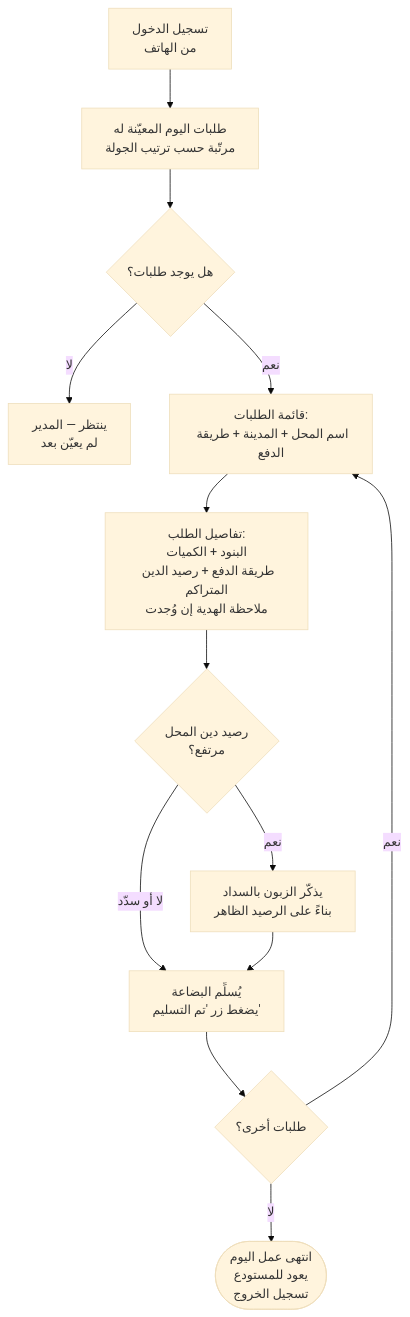
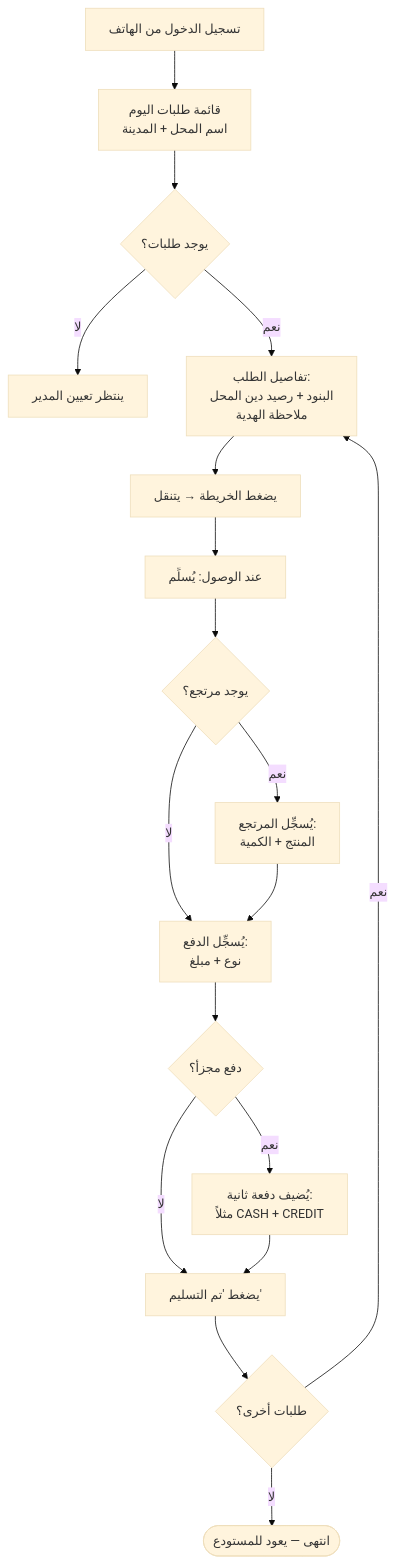
Before and after one commit to bittarwork/Bakery-management-system_BMS: the second of 2 diagrams in MAIN-Plan.md, drawn with Mermaid (base theme). The commit also changed other lines of this file, not shown here.

First line of the commit message:
Update MAIN-Plan to version 3.0, refining operational insights and feature roadmap

````diff
--- a/MAIN-Plan.md
+++ b/MAIN-Plan.md
@@ -364,15 +289,20 @@
 ```mermaid
 flowchart TD
-    L2[تسجيل الدخول\nمن الهاتف] --> MW[طلبات اليوم المعيّنة له\nمرتّبة حسب ترتيب الجولة]
-    MW --> CHK{هل يوجد طلبات؟}
-    CHK -->|لا| WAIT[ينتظر — المدير\nلم يعيّن بعد]
-    CHK -->|نعم| OL[قائمة الطلبات:\nاسم المحل + المدينة + طريقة الدفع]
-    OL --> OD[تفاصيل الطلب:\nالبنود + الكميات\nطريقة الدفع + رصيد الدين المتراكم\nملاحظة الهدية إن وُجدت]
-    OD --> BAL{رصيد دين المحل\nمرتفع؟}
-    BAL -->|نعم| REMIND[يذكّر الزبون بالسداد\nبناءً على الرصيد الظاهر]
-    BAL -->|لا أو سدّد| DEL[يُسلِّم البضاعة\nيضغط زر 'تم التسليم']
-    REMIND --> DEL
-    DEL --> NEXT{طلبات أخرى؟}
-    NEXT -->|نعم| OL
-    NEXT -->|لا| DONE([انتهى عمل اليوم\nيعود للمستودع\nتسجيل الخروج])
+    L2[تسجيل الدخول من الهاتف] --> MW[قائمة طلبات اليوم\nاسم المحل + المدينة]
+    MW --> CHK{يوجد طلبات؟}
+    CHK -->|لا| WAIT[ينتظر تعيين المدير]
+    CHK -->|نعم| OD[تفاصيل الطلب:\nالبنود + رصيد دين المحل\nملاحظة الهدية]
+    OD --> MAP[يضغط الخريطة → يتنقل]
+    MAP --> DEL[عند الوصول: يُسلِّم]
+    DEL --> RET{يوجد مرتجع؟}
+    RET -->|نعم| RETREC[يُسجِّل المرتجع:\nالمنتج + الكمية]
+    RET -->|لا| PAY
+    RETREC --> PAY[يُسجِّل الدفع:\nنوع + مبلغ]
+    PAY --> SPLIT{دفع مجزأ؟}
+    SPLIT -->|نعم| PAY2[يُضيف دفعة ثانية:\nمثلاً CASH + CREDIT]
+    SPLIT -->|لا| DONE_ORD[يضغط 'تم التسليم']
+    PAY2 --> DONE_ORD
+    DONE_ORD --> NEXT{طلبات أخرى؟}
+    NEXT -->|نعم| OD
+    NEXT -->|لا| DONE([انتهى — يعود للمستودع])
 ```
````
